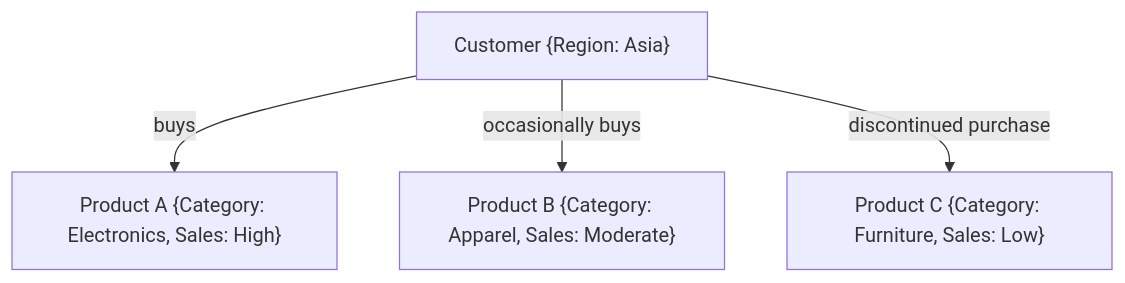
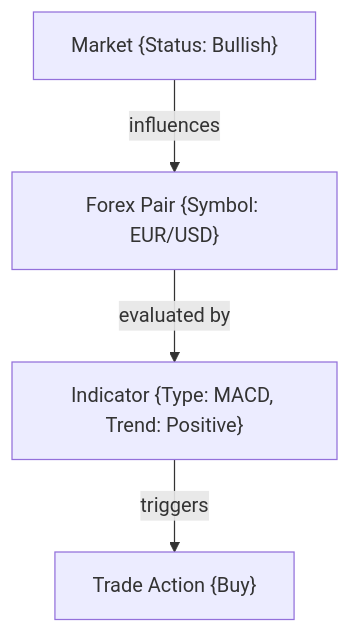
The third of 8 diagrams in README.md (TheGuyFromTheApprentice/ActiveGraphNetworks), drawn with Mermaid before and after one commit. The commit also changed other lines of this file, not shown here.

````diff
--- a/README.md
+++ b/README.md
@@ -65,10 +66,10 @@
 ```mermaid
 graph TD;
-    Customer["Customer {Region: Asia}"]
-    Product_A["Product A {Category: Electronics, Sales: High}"]
-    Product_B["Product B {Category: Apparel, Sales: Moderate}"]
-    Product_C["Product C {Category: Furniture, Sales: Low}"]
-    Customer -->|buys| Product_A
-    Customer -->|occasionally buys| Product_B
-    Customer -->|discontinued purchase| Product_C
+    Market["Market {Status: Bullish}"]
+    ForexPair["Forex Pair {Symbol: EUR/USD}"]
+    Indicator["Indicator {Type: MACD, Trend: Positive}"]
+    Trade["Trade Action {Buy}"]
+    Market -->|influences| ForexPair
+    ForexPair -->|evaluated by| Indicator
+    Indicator -->|triggers| Trade
 ```
````
